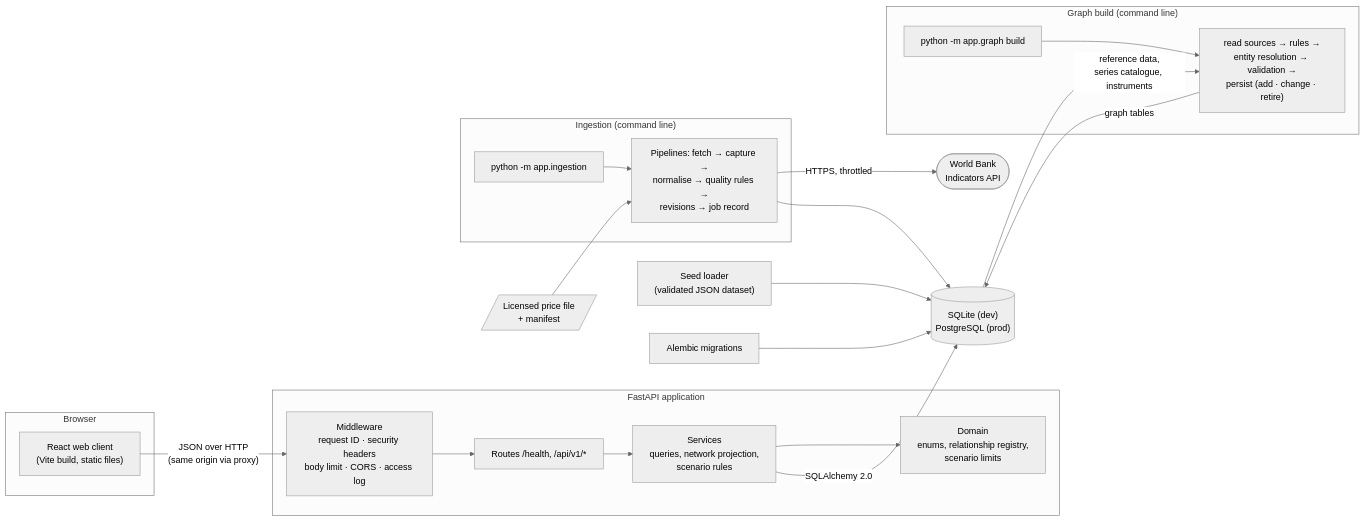
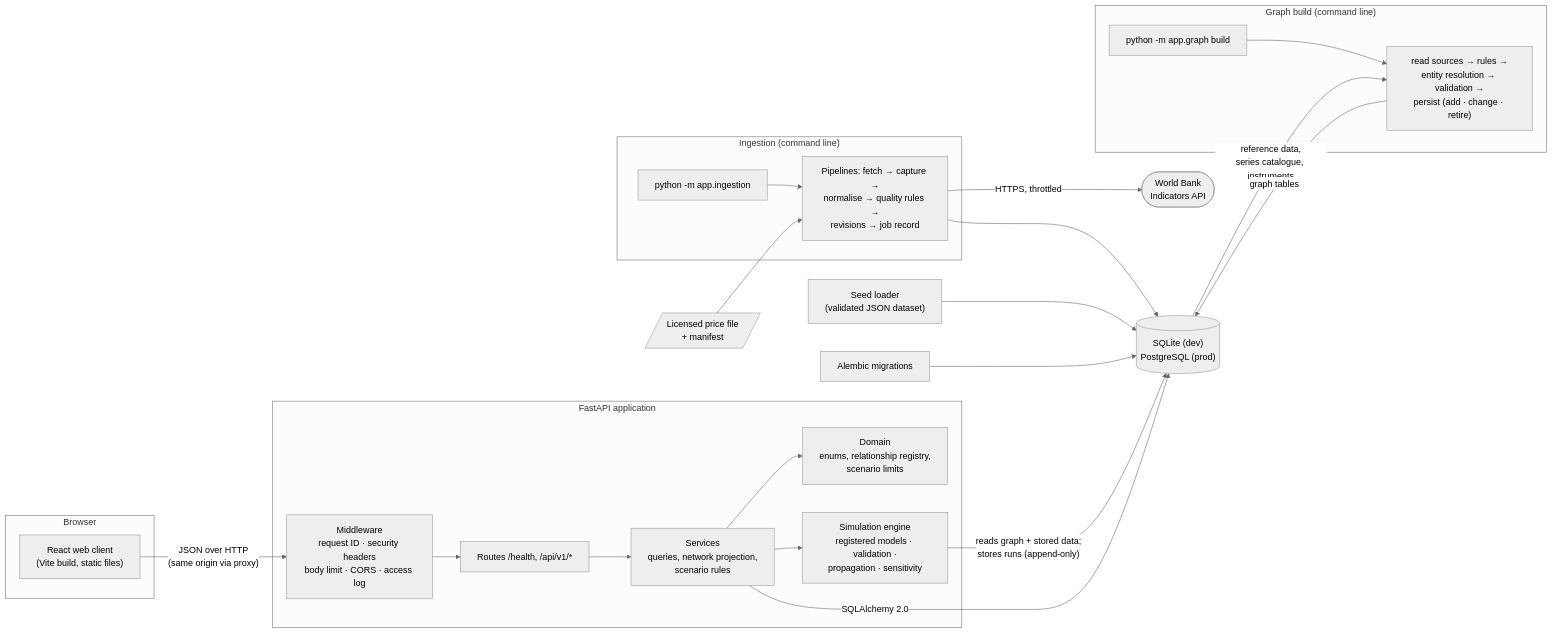
Before and after one commit to jnanottamgy/Rumin-: the diagram in docs/architecture.md, drawn with Mermaid (neutral theme). The commit also changed other lines of this file and 26 other files, not shown here.

First line of the commit message:
docs: document the simulation engine and add the Phase 4 report

````diff
--- a/docs/architecture.md
+++ b/docs/architecture.md
@@ -12,38 +14,41 @@
 ```mermaid
 flowchart LR
     subgraph Browser
         UI["React web client<br/>(Vite build, static files)"]
     end
     subgraph API["FastAPI application"]
         MW["Middleware<br/>request ID · security headers<br/>body limit · CORS · access log"]
         R["Routes /health, /api/v1/*"]
         S["Services<br/>queries, network projection,<br/>scenario rules"]
         D["Domain<br/>enums, relationship registry,<br/>scenario limits"]
+        SIM["Simulation engine<br/>registered models · validation ·<br/>propagation · sensitivity"]
     end
     DB[("SQLite (dev)<br/>PostgreSQL (prod)")]
     SEED["Seed loader<br/>(validated JSON dataset)"]
     MIG["Alembic migrations"]
     subgraph ING["Ingestion (command line)"]
         CLI["python -m app.ingestion"]
         PIPE["Pipelines: fetch → capture →<br/>normalise → quality rules →<br/>revisions → job record"]
     end
     subgraph GB["Graph build (command line)"]
         GCLI["python -m app.graph build"]
         GPIPE["read sources → rules →<br/>entity resolution → validation →<br/>persist (add · change · retire)"]
     end
     WB(["World Bank<br/>Indicators API"])
     CSV[/"Licensed price file<br/>+ manifest"/]
 
     UI -- "JSON over HTTP<br/>(same origin via proxy)" --> MW --> R --> S
     S --> D
+    S --> SIM
+    SIM -- "reads graph + stored data;<br/>stores runs (append-only)" --> DB
     S -- "SQLAlchemy 2.0" --> DB
     SEED --> DB
     MIG --> DB
     CLI --> PIPE
     PIPE -- "HTTPS, throttled" --> WB
     CSV --> PIPE
     PIPE --> DB
     GCLI --> GPIPE
     DB -- "reference data,<br/>series catalogue, instruments" --> GPIPE
     GPIPE -- "graph tables" --> DB
 ```
````
